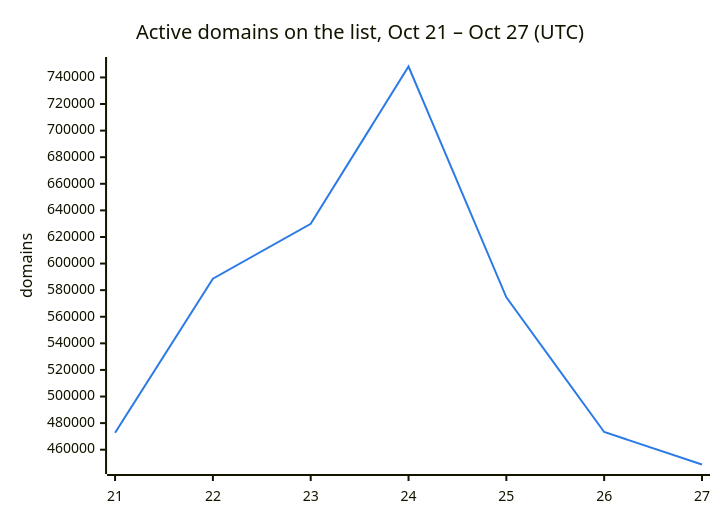
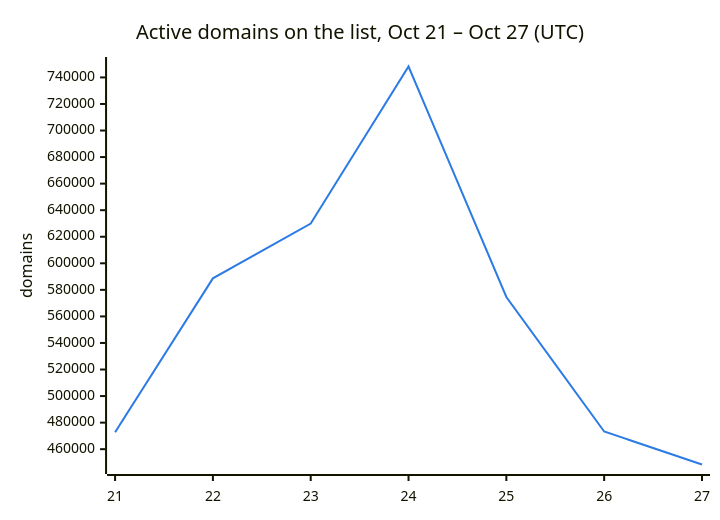
Before and after one commit to DNSBunker/CTI: the second of 3 diagrams in README.md, drawn with Mermaid. The commit also changed other lines of this file and 3 other files, not shown here.

````diff
--- a/README.md
+++ b/README.md
@@ -38,8 +38,8 @@
 ```mermaid
 %%{init: {"themeVariables": {"xyChart": {"plotColorPalette": "#2c7be5"}}}}%%
 xychart-beta
     title "Active domains on the list, Oct 21 – Oct 27 (UTC)"
     x-axis ["21", "22", "23", "24", "25", "26", "27"]
     y-axis "domains"
-    line [472713, 588659, 629951, 748222, 574614, 473331, 448874]
+    line [472713, 588659, 629951, 748222, 574614, 473331, 448463]
 ```
````
